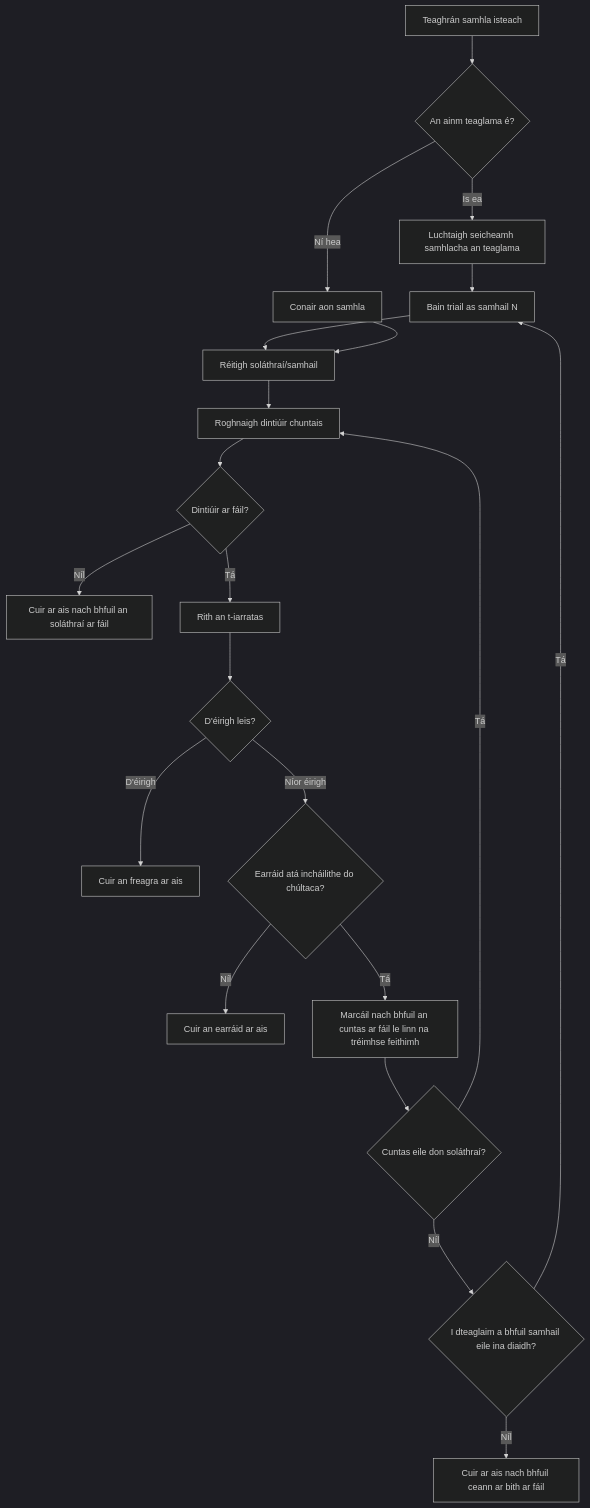
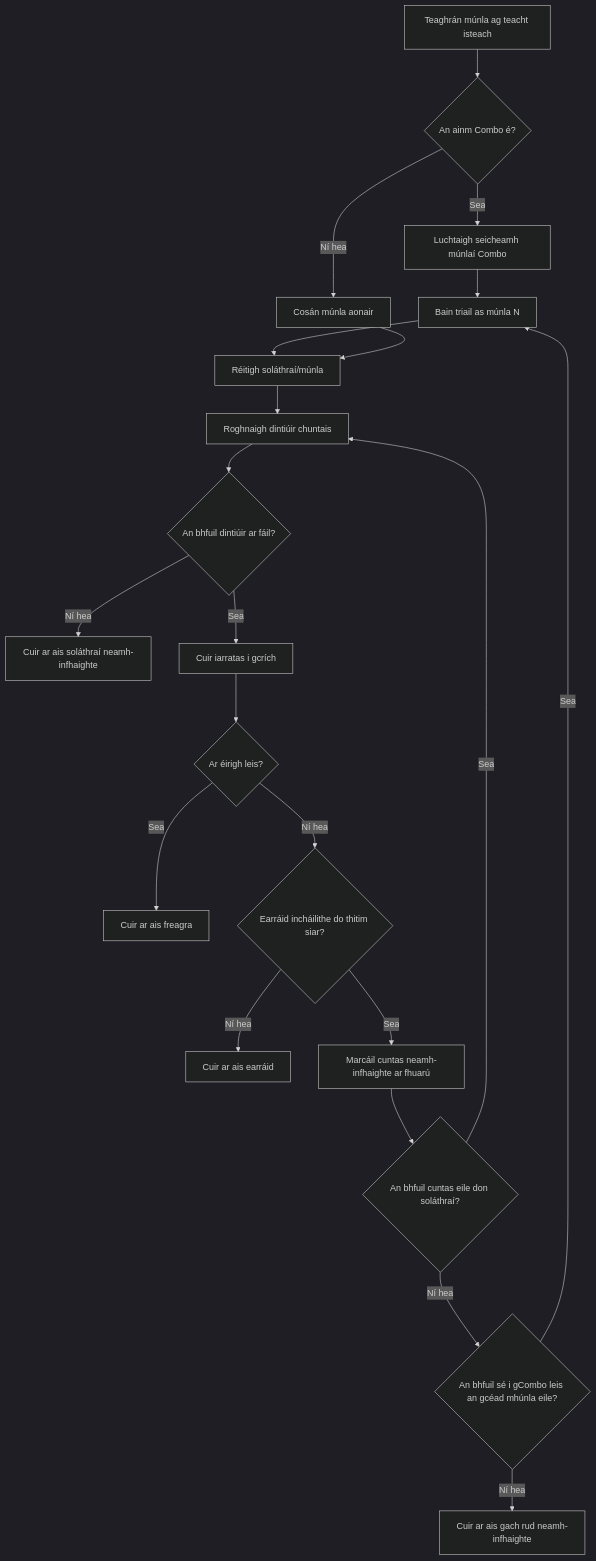
Before and after one commit to niyatna/NiyatnaRoute: the third of 7 diagrams in docs/i18n/ga/docs/architecture/ARCHITECTURE.md, drawn with Mermaid (dark theme). The commit also changed other lines of this file and 2447 other files, not shown here.

````diff
--- a/docs/i18n/ga/docs/architecture/ARCHITECTURE.md
+++ b/docs/i18n/ga/docs/architecture/ARCHITECTURE.md
@@ -603,27 +611,27 @@
 ```mermaid
 flowchart TD
-    A[Teaghrán samhla isteach] --> B{An ainm teaglama é?}
-    B -- Is ea --> C[Luchtaigh seicheamh samhlacha an teaglama]
-    B -- Ní hea --> D[Conair aon samhla]
+    A[Teaghrán múnla ag teacht isteach] --> B{An ainm Combo é?}
+    B -- Sea --> C[Luchtaigh seicheamh múnlaí Combo]
+    B -- Ní hea --> D[Cosán múnla aonair]
 
-    C --> E[Bain triail as samhail N]
-    E --> F[Réitigh soláthraí/samhail]
+    C --> E[Bain triail as múnla N]
+    E --> F[Réitigh soláthraí/múnla]
     D --> F
 
     F --> G[Roghnaigh dintiúir chuntais]
-    G --> H{Dintiúir ar fáil?}
-    H -- Níl --> I[Cuir ar ais nach bhfuil an soláthraí ar fáil]
-    H -- Tá --> J[Rith an t-iarratas]
+    G --> H{An bhfuil dintiúir ar fáil?}
+    H -- Ní hea --> I[Cuir ar ais soláthraí neamh-infhaighte]
+    H -- Sea --> J[Cuir iarratas i gcrích]
 
-    J --> K{D'éirigh leis?}
-    K -- D'éirigh --> L[Cuir an freagra ar ais]
-    K -- Níor éirigh --> M{Earráid atá incháilithe do chúltaca?}
+    J --> K{Ar éirigh leis?}
+    K -- Sea --> L[Cuir ar ais freagra]
+    K -- Ní hea --> M{Earráid incháilithe do thitim siar?}
 
-    M -- Níl --> N[Cuir an earráid ar ais]
-    M -- Tá --> O[Marcáil nach bhfuil an cuntas ar fáil le linn na tréimhse feithimh]
-    O --> P{Cuntas eile don soláthraí?}
-    P -- Tá --> G
-    P -- Níl --> Q{I dteaglaim a bhfuil samhail eile ina diaidh?}
-    Q -- Tá --> E
-    Q -- Níl --> R[Cuir ar ais nach bhfuil ceann ar bith ar fáil]
+    M -- Ní hea --> N[Cuir ar ais earráid]
+    M -- Sea --> O[Marcáil cuntas neamh-infhaighte ar fhuarú]
+    O --> P{An bhfuil cuntas eile don soláthraí?}
+    P -- Sea --> G
+    P -- Ní hea --> Q{An bhfuil sé i gCombo leis an gcéad mhúnla eile?}
+    Q -- Sea --> E
+    Q -- Ní hea --> R[Cuir ar ais gach rud neamh-infhaighte]
 ```
````
